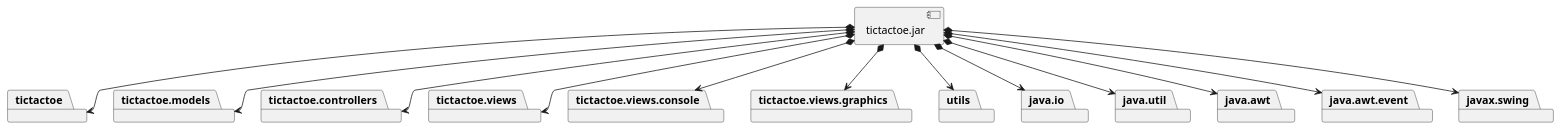
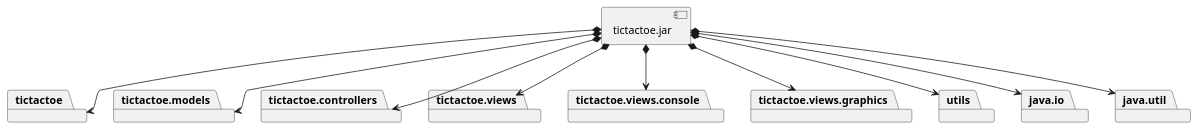
The first of 2 diagrams in modelViewPresenter/presentationModel/basic/docs/diagrams/src/vistas.plantuml (Jolucaa/USantaTecla-project-ticTacToe), drawn with PlantUML before and after one commit. The commit also changed 16 other files, not shown here.

Commit message:
[mvp.pm.basic] Fixed diagrams and changed some small things in code (refactor)

```diff
--- a/modelViewPresenter/presentationModel/basic/docs/diagrams/src/vistas.plantuml
+++ b/modelViewPresenter/presentationModel/basic/docs/diagrams/src/vistas.plantuml
@@ -1,41 +1,32 @@
 @startuml desarrolloImplementacion
 package "  "  as tictactoe {
 }
 package "  "  as tictactoe.models {
 }
 package "  "  as tictactoe.controllers {
 }
 package "  "  as tictactoe.views {
 }
 package "  "  as tictactoe.views.console {
 }
 package "  "  as tictactoe.views.graphics {
 }
 package "  "  as utils {
 }
 package "  "  as java.io {
 }
 package "  "  as java.util {
 }
-package "  "  as java.awt {
-}
-package "  "  as java.awt.event {
-}
-package "  "  as javax.swing {
-}
 
 [tictactoe.jar] as jar
 
 jar *--> tictactoe
 jar *--> tictactoe.models
 jar *--> tictactoe.controllers
 jar *--> tictactoe.views
 jar *--> tictactoe.views.console
 jar *--> tictactoe.views.graphics
 jar *--> utils
 jar *--> java.io
 jar *--> java.util
-jar *--> java.awt
-jar *--> java.awt.event
-jar *--> javax.swing
 @enduml
```
